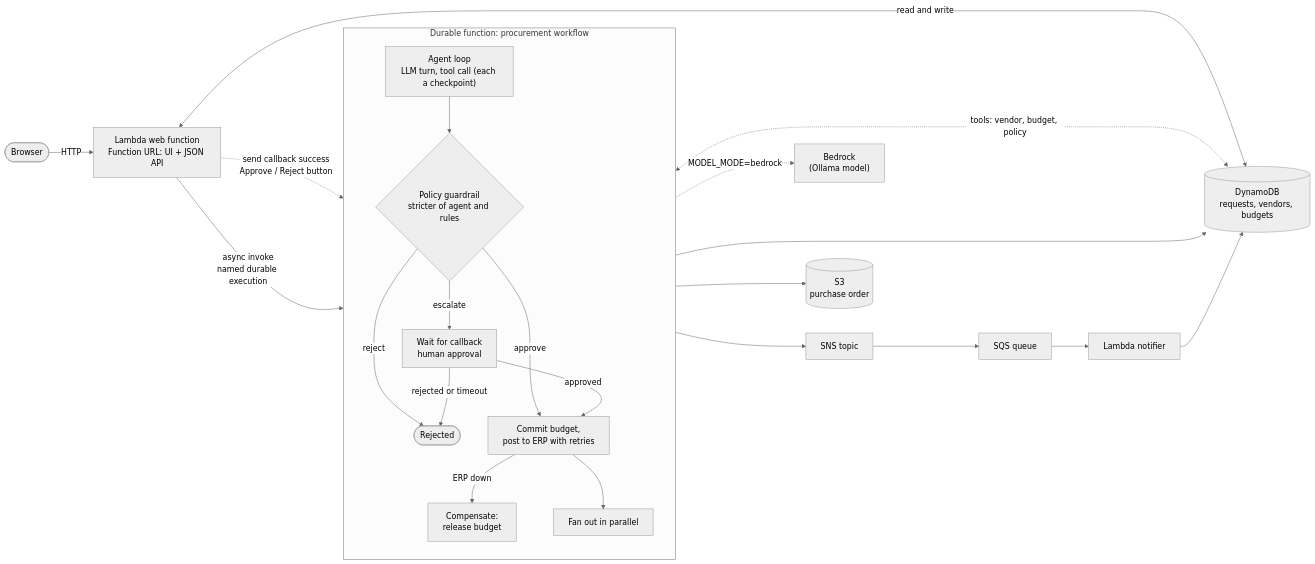
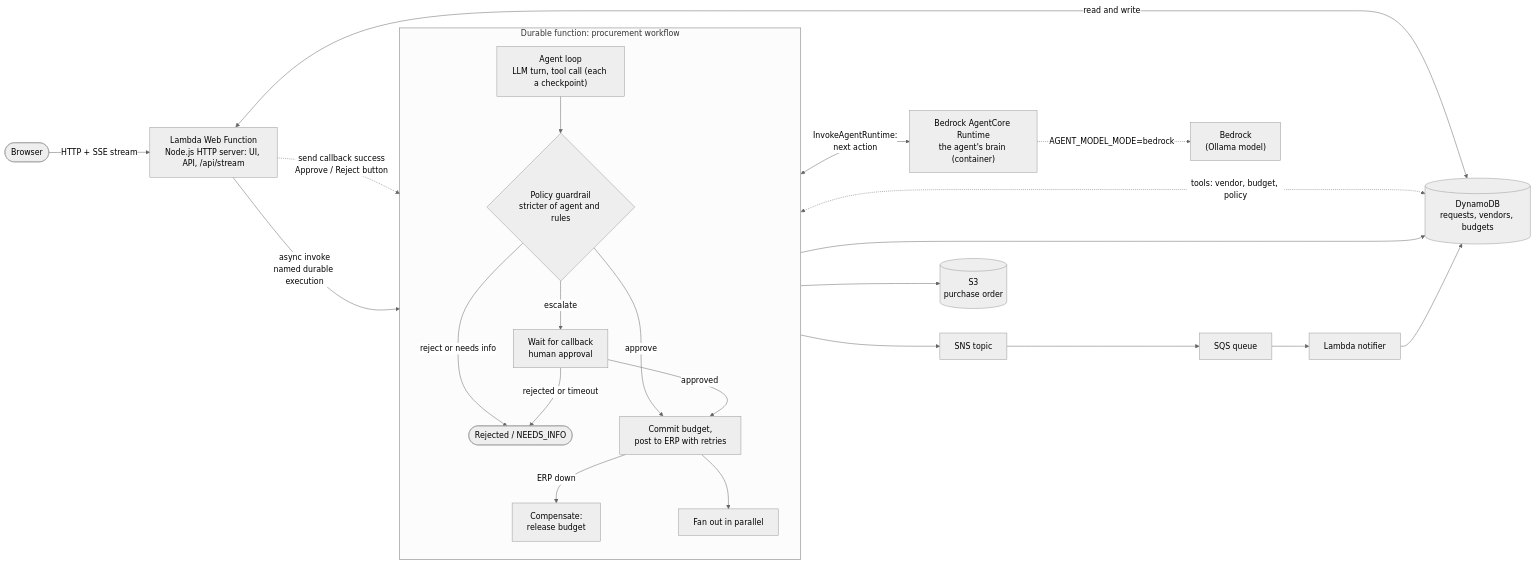
One commit to whummer/localstack-utils changed the diagram in aws-reinvent-2026/README.md. Above: the diagram before and after it, drawn with Mermaid (neutral theme). The commit also changed other lines of this file and 23 other files, not shown here.

````diff
--- a/aws-reinvent-2026/README.md
+++ b/aws-reinvent-2026/README.md
@@ -6,25 +6,26 @@
 ```mermaid
 flowchart LR
-    user([Browser]) -->|HTTP| web["Lambda web function<br/>Function URL: UI + JSON API"]
+    user([Browser]) -->|"HTTP + SSE stream"| web["Lambda Web Function<br/>Node.js HTTP server: UI, API, /api/stream"]
     web <-->|read and write| ddb[("DynamoDB<br/>requests, vendors, budgets")]
     web -->|"async invoke<br/>named durable execution"| wf
 
     subgraph wf["Durable function: procurement workflow"]
         direction TB
         agent["Agent loop<br/>LLM turn, tool call (each a checkpoint)"] --> guard{"Policy guardrail<br/>stricter of agent and rules"}
-        guard -->|reject| rejected([Rejected])
+        guard -->|reject or needs info| ended([Rejected / NEEDS_INFO])
         guard -->|escalate| human["Wait for callback<br/>human approval"]
         guard -->|approve| commit
         human -->|approved| commit["Commit budget,<br/>post to ERP with retries"]
-        human -->|rejected or timeout| rejected
+        human -->|rejected or timeout| ended
         commit -->|ERP down| saga["Compensate:<br/>release budget"]
         commit --> fan["Fan out in parallel"]
     end
 
+    agent <-->|"InvokeAgentRuntime:<br/>next action"| ac["Bedrock AgentCore Runtime<br/>the agent's brain (container)"]
+    ac -.->|"AGENT_MODEL_MODE=bedrock"| bedrock["Bedrock<br/>(Ollama model)"]
     agent <-.->|"tools: vendor, budget, policy"| ddb
-    agent -.->|"MODEL_MODE=bedrock"| bedrock["Bedrock<br/>(Ollama model)"]
     web -.->|"send callback success<br/>Approve / Reject button"| human
     commit --> ddb
     fan --> s3[("S3<br/>purchase order")]
     fan --> sns["SNS topic"] --> sqs["SQS queue"] --> notifier["Lambda notifier"] --> ddb
 ```
````
